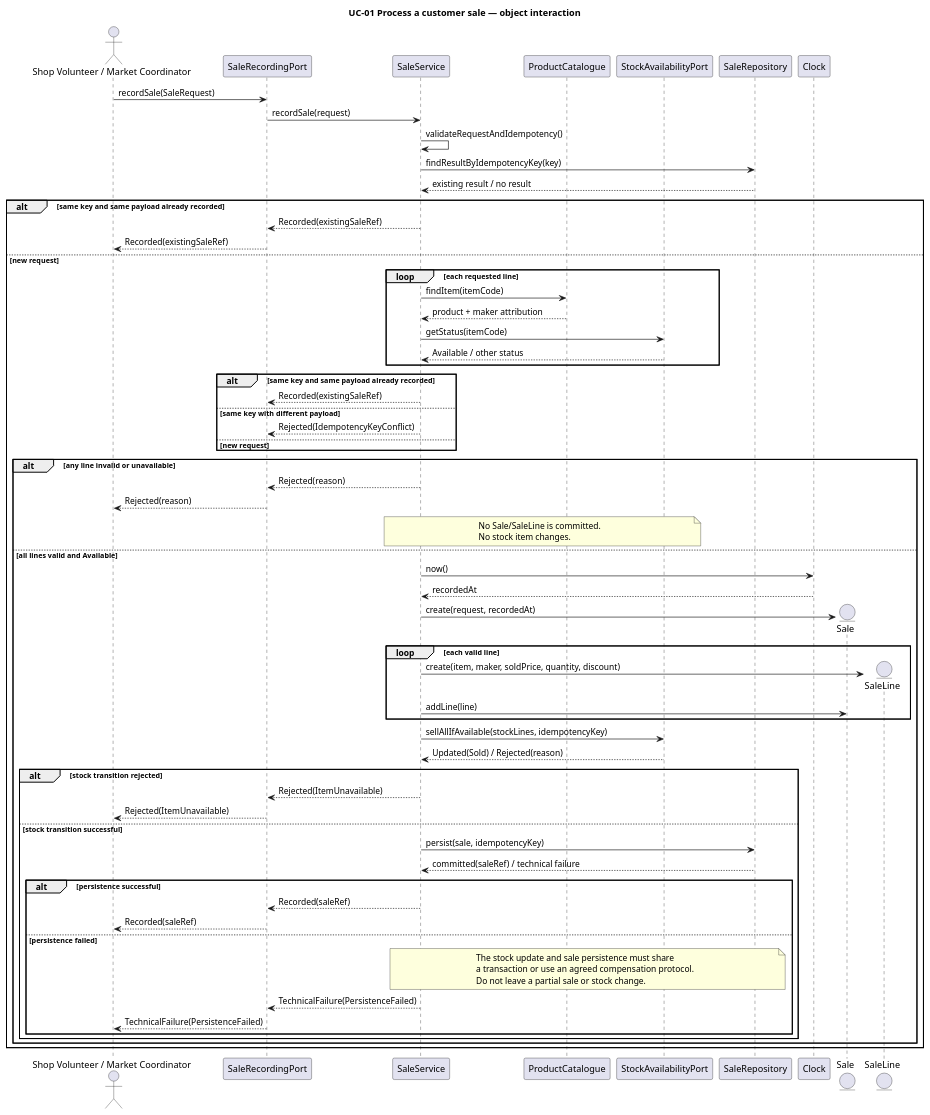
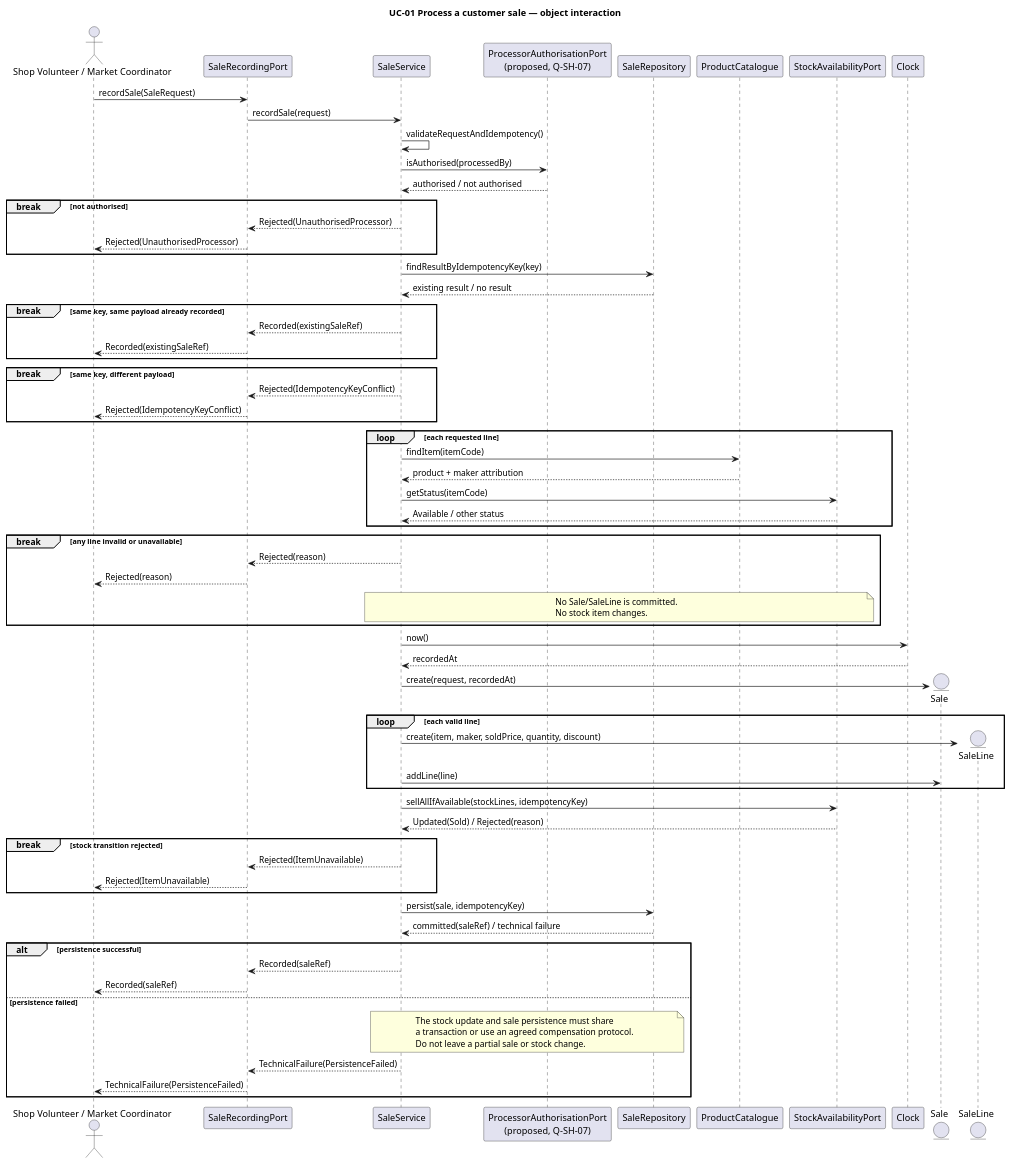
The diagram in ca2-analysis/slices/slice-4/sequence/sequence.puml (Mykola-Rubliuk/LocalCraftMarketplace), drawn with PlantUML before and after one commit. The commit also changed 2 other files, not shown here.

Commit message:
Make processedBy authorisation explicit

```diff
--- a/ca2-analysis/slices/slice-4/sequence/sequence.puml
+++ b/ca2-analysis/slices/slice-4/sequence/sequence.puml
@@ -1,81 +1,88 @@
 @startuml
 title UC-01 Process a customer sale — object interaction
 
 actor "Shop Volunteer / Market Coordinator" as Processor
 participant SaleRecordingPort as Port
 participant SaleService
+participant "ProcessorAuthorisationPort\n(proposed, Q-SH-07)" as Auth
+participant SaleRepository as Repo
 participant ProductCatalogue as Catalogue
 participant StockAvailabilityPort as Stock
-participant SaleRepository as Repo
 participant Clock
 entity Sale
 entity SaleLine
 
 Processor -> Port: recordSale(SaleRequest)
 Port -> SaleService: recordSale(request)
 SaleService -> SaleService: validateRequestAndIdempotency()
+
+SaleService -> Auth: isAuthorised(processedBy)
+Auth --> SaleService: authorised / not authorised
+break not authorised
+  SaleService --> Port: Rejected(UnauthorisedProcessor)
+  Port --> Processor: Rejected(UnauthorisedProcessor)
+end
+
 SaleService -> Repo: findResultByIdempotencyKey(key)
 Repo --> SaleService: existing result / no result
 
-alt same key and same payload already recorded
+break same key, same payload already recorded
   SaleService --> Port: Recorded(existingSaleRef)
   Port --> Processor: Recorded(existingSaleRef)
-else new request
-  loop each requested line
-    SaleService -> Catalogue: findItem(itemCode)
-    Catalogue --> SaleService: product + maker attribution
-    SaleService -> Stock: getStatus(itemCode)
-    Stock --> SaleService: Available / other status
-  end
-
-alt same key and same payload already recorded
-    SaleService --> Port: Recorded(existingSaleRef)
-
-else same key with different payload
-    SaleService --> Port: Rejected(IdempotencyKeyConflict)
-
-else new request
-    ' Continue sale processing
 end
 
-  alt any line invalid or unavailable
-    SaleService --> Port: Rejected(reason)
-    Port --> Processor: Rejected(reason)
-    note over SaleService,Stock
-      No Sale/SaleLine is committed.
-      No stock item changes.
-    end note
-  else all lines valid and Available
-    SaleService -> Clock: now()
-    Clock --> SaleService: recordedAt
-    create Sale
-    SaleService -> Sale: create(request, recordedAt)
-    loop each valid line
-      create SaleLine
-      SaleService -> SaleLine: create(item, maker, soldPrice, quantity, discount)
-      SaleService -> Sale: addLine(line)
-    end
-    SaleService -> Stock: sellAllIfAvailable(stockLines, idempotencyKey)
-    Stock --> SaleService: Updated(Sold) / Rejected(reason)
-    alt stock transition rejected
-      SaleService --> Port: Rejected(ItemUnavailable)
-      Port --> Processor: Rejected(ItemUnavailable)
-    else stock transition successful
-      SaleService -> Repo: persist(sale, idempotencyKey)
-      Repo --> SaleService: committed(saleRef) / technical failure
-      alt persistence successful
-        SaleService --> Port: Recorded(saleRef)
-        Port --> Processor: Recorded(saleRef)
-      else persistence failed
-        note over SaleService,Repo
-          The stock update and sale persistence must share
-          a transaction or use an agreed compensation protocol.
-          Do not leave a partial sale or stock change.
-        end note
-        SaleService --> Port: TechnicalFailure(PersistenceFailed)
-        Port --> Processor: TechnicalFailure(PersistenceFailed)
-      end
-    end
-  end
+break same key, different payload
+  SaleService --> Port: Rejected(IdempotencyKeyConflict)
+  Port --> Processor: Rejected(IdempotencyKeyConflict)
+end
+
+loop each requested line
+  SaleService -> Catalogue: findItem(itemCode)
+  Catalogue --> SaleService: product + maker attribution
+  SaleService -> Stock: getStatus(itemCode)
+  Stock --> SaleService: Available / other status
+end
+
+break any line invalid or unavailable
+  SaleService --> Port: Rejected(reason)
+  Port --> Processor: Rejected(reason)
+  note over SaleService,Stock
+    No Sale/SaleLine is committed.
+    No stock item changes.
+  end note
+end
+
+SaleService -> Clock: now()
+Clock --> SaleService: recordedAt
+create Sale
+SaleService -> Sale: create(request, recordedAt)
+loop each valid line
+  create SaleLine
+  SaleService -> SaleLine: create(item, maker, soldPrice, quantity, discount)
+  SaleService -> Sale: addLine(line)
+end
+
+SaleService -> Stock: sellAllIfAvailable(stockLines, idempotencyKey)
+Stock --> SaleService: Updated(Sold) / Rejected(reason)
+
+break stock transition rejected
+  SaleService --> Port: Rejected(ItemUnavailable)
+  Port --> Processor: Rejected(ItemUnavailable)
+end
+
+SaleService -> Repo: persist(sale, idempotencyKey)
+Repo --> SaleService: committed(saleRef) / technical failure
+
+alt persistence successful
+  SaleService --> Port: Recorded(saleRef)
+  Port --> Processor: Recorded(saleRef)
+else persistence failed
+  note over SaleService,Repo
+    The stock update and sale persistence must share
+    a transaction or use an agreed compensation protocol.
+    Do not leave a partial sale or stock change.
+  end note
+  SaleService --> Port: TechnicalFailure(PersistenceFailed)
+  Port --> Processor: TechnicalFailure(PersistenceFailed)
 end
 @enduml
```
